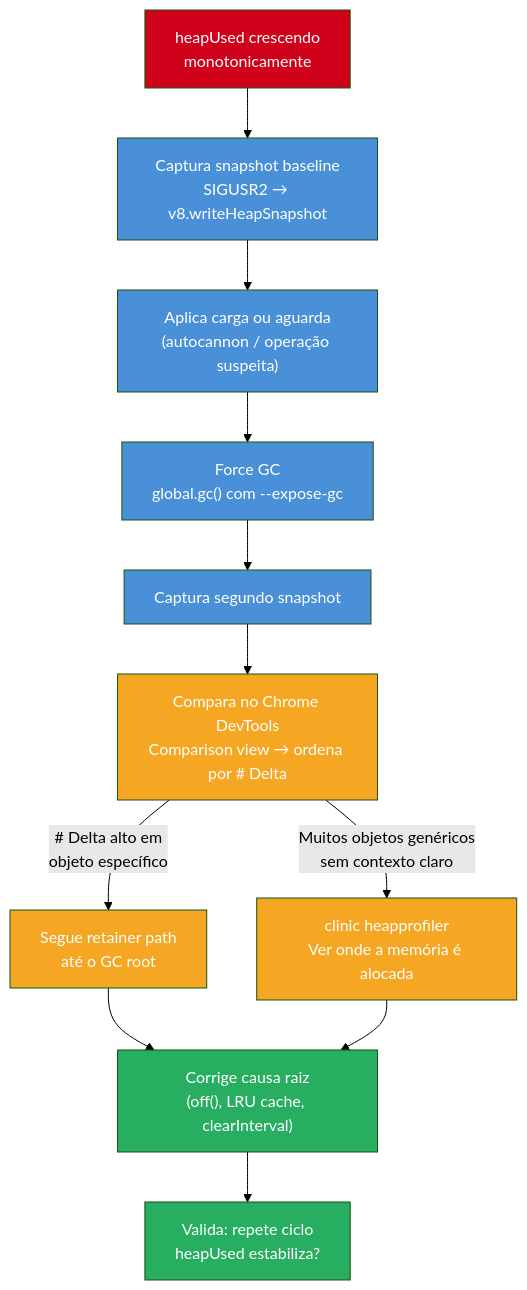
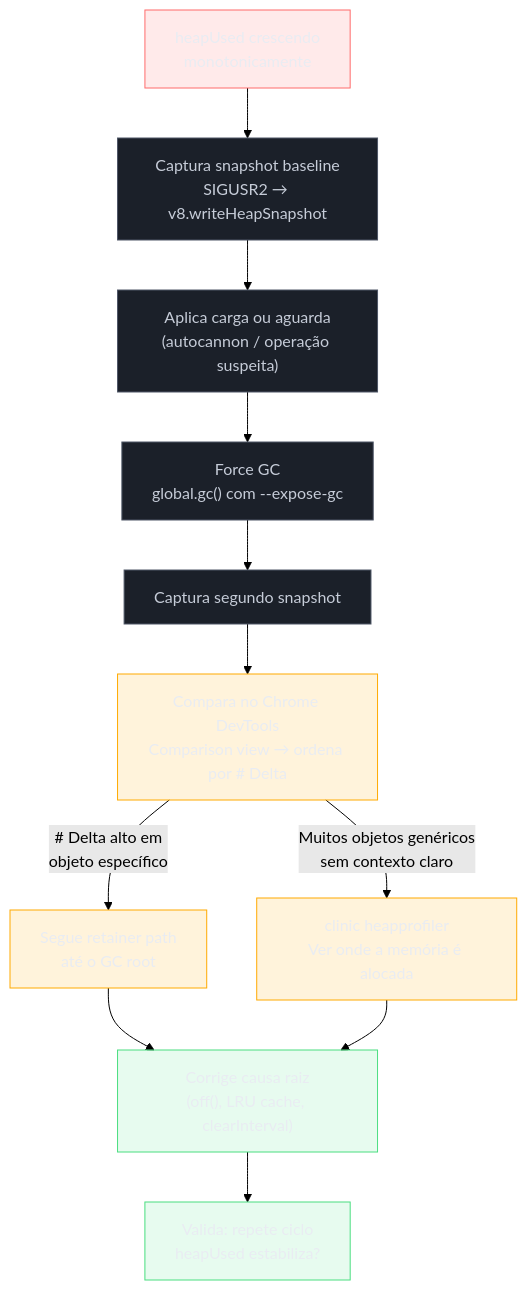
One commit to josenaldo/codex-technomanticus changed the diagram in 03-Dominios/Tecnologia/Node/Observability e produção/08 - Detecção e diagnóstico de memory leaks.md. Above: the diagram before and after it, drawn with Mermaid (forest theme). The commit also changed 1181 other files, not shown here.

First line of the commit message:
fix(diagramas): paleta do sistema no lugar de cor cravada no markdown

````diff
--- a/03-Dominios/Tecnologia/Node/Observability e produção/08 - Detecção e diagnóstico de memory leaks.md
+++ b/03-Dominios/Tecnologia/Node/Observability e produção/08 - Detecção e diagnóstico de memory leaks.md
@@ -46,24 +46,28 @@
 ```mermaid
 flowchart TD
+    classDef falha fill:#FF6B6B24,stroke:#FF6B6B,color:#E9ECF2
+    classDef neutro fill:#1B2029,stroke:#4E5666,color:#C6CCD8
+    classDef destaque fill:#FFAA0024,stroke:#FFAA00,color:#E9ECF2
+    classDef ok fill:#4ADE8021,stroke:#4ADE80,color:#E9ECF2
     M["heapUsed crescendo\nmonotonicamente"] --> S1["Captura snapshot baseline\nSIGUSR2 → v8.writeHeapSnapshot"]
     S1 --> L["Aplica carga ou aguarda\n(autocannon / operação suspeita)"]
     L --> GC["Force GC\nglobal.gc() com --expose-gc"]
     GC --> S2["Captura segundo snapshot"]
     S2 --> C["Compara no Chrome DevTools\nComparison view → ordena por # Delta"]
     C -->|"# Delta alto em\nobjeto específico"| R["Segue retainer path\naté o GC root"]
     R --> FIX["Corrige causa raiz\n(off(), LRU cache, clearInterval)"]
     FIX --> V["Valida: repete ciclo\nheapUsed estabiliza?"]
     C -->|"Muitos objetos genéricos\nsem contexto claro"| HP["clinic heapprofiler\nVer onde a memória é alocada"]
     HP --> FIX
 
-    style M fill:#D0021B,color:#fff
-    style S1 fill:#4A90D9,color:#fff
-    style L fill:#4A90D9,color:#fff
-    style GC fill:#4A90D9,color:#fff
-    style S2 fill:#4A90D9,color:#fff
-    style C fill:#F5A623,color:#fff
-    style R fill:#F5A623,color:#fff
-    style HP fill:#F5A623,color:#fff
-    style FIX fill:#27AE60,color:#fff
-    style V fill:#27AE60,color:#fff
+    class M falha
+    class S1 neutro
+    class L neutro
+    class GC neutro
+    class S2 neutro
+    class C destaque
+    class R destaque
+    class HP destaque
+    class FIX ok
+    class V ok
 ```
````
